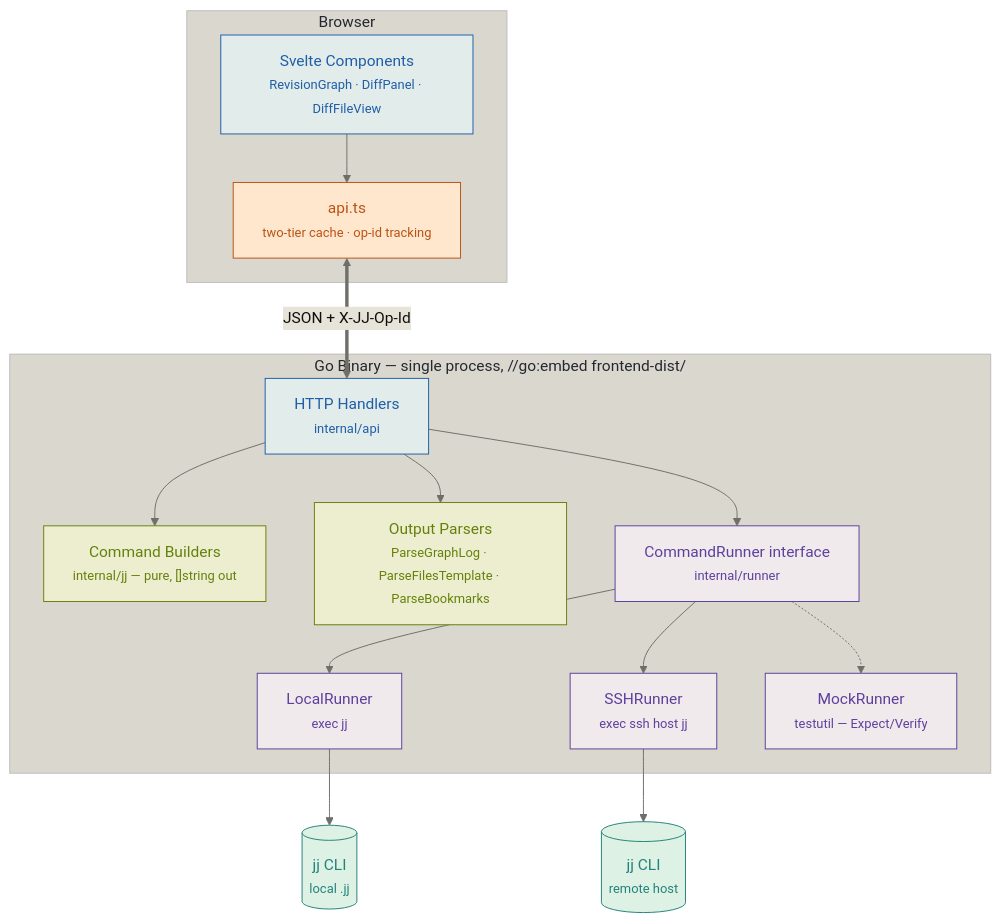
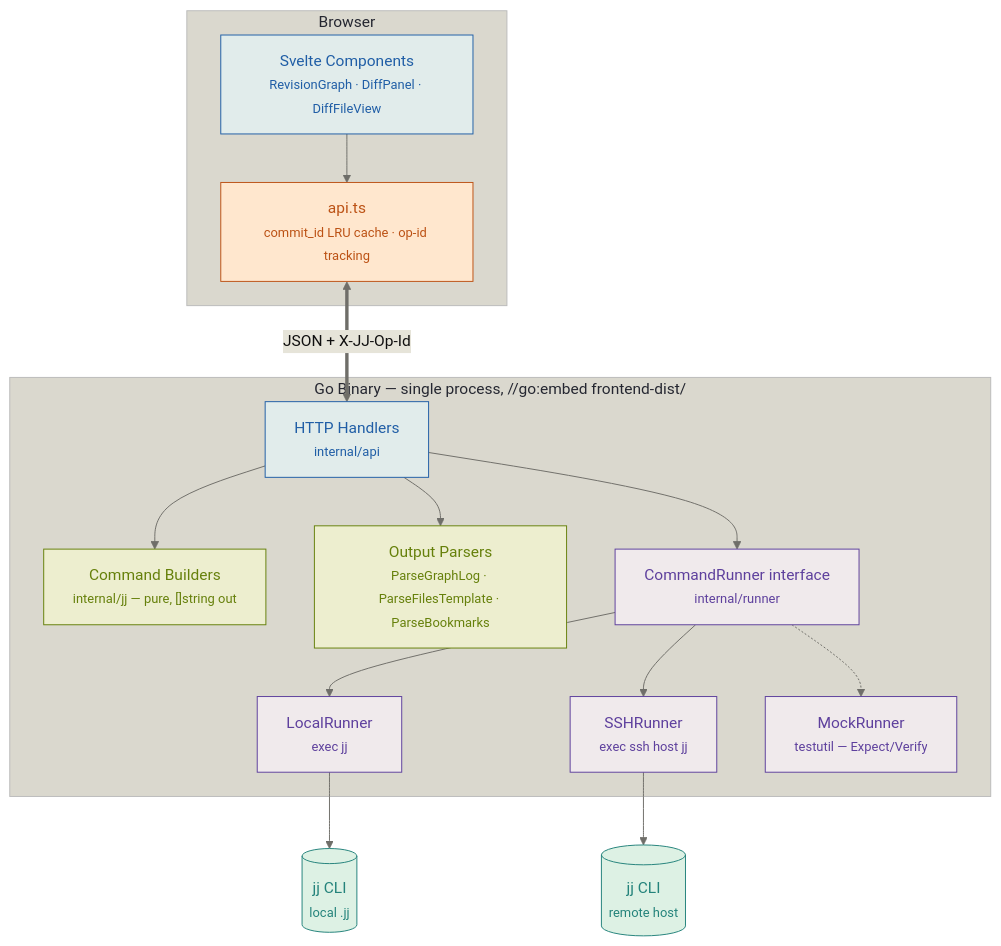
One commit to chronologos/lightjj changed the first of 5 diagrams in docs/ARCHITECTURE.md. Above: the diagram before and after it, drawn with Mermaid. The commit also changed other lines of this file and 13 other files, not shown here.

````diff
--- a/docs/ARCHITECTURE.md
+++ b/docs/ARCHITECTURE.md
@@ -7,47 +7,47 @@
 ```mermaid
 %%{init: {'theme': 'base', 'themeVariables': {
   'primaryColor':'#F2F0E5',
   'primaryTextColor':'#100F0F',
   'primaryBorderColor':'#6F6E69',
   'secondaryColor':'#E6E4D9',
   'tertiaryColor':'#DAD8CE',
   'lineColor':'#6F6E69',
   'textColor':'#100F0F'
 }}}%%
 flowchart TD
     classDef blue fill:#E1ECEB,stroke:#205EA6,color:#205EA6
     classDef green fill:#EDEECF,stroke:#66800B,color:#66800B
     classDef orange fill:#FFE7CE,stroke:#BC5215,color:#BC5215
     classDef purple fill:#F0EAEC,stroke:#5E409D,color:#5E409D
     classDef cyan fill:#DDF1E4,stroke:#24837B,color:#24837B
 
     subgraph browser["Browser"]
         components["Svelte Components<br/><small>RevisionGraph · DiffPanel · DiffFileView</small>"]:::blue
-        api["api.ts<br/><small>two-tier cache · op-id tracking</small>"]:::orange
+        api["api.ts<br/><small>commit_id LRU cache · op-id tracking</small>"]:::orange
         components --> api
     end
 
     subgraph go["Go Binary — single process, //go:embed frontend-dist/"]
         handlers["HTTP Handlers<br/><small>internal/api</small>"]:::blue
         builders["Command Builders<br/><small>internal/jj — pure, []string out</small>"]:::green
         parsers["Output Parsers<br/><small>ParseGraphLog · ParseFilesTemplate · ParseBookmarks</small>"]:::green
         runner["CommandRunner interface<br/><small>internal/runner</small>"]:::purple
         local["LocalRunner<br/><small>exec jj</small>"]:::purple
         ssh["SSHRunner<br/><small>exec ssh host jj</small>"]:::purple
         mock["MockRunner<br/><small>testutil — Expect/Verify</small>"]:::purple
 
         handlers --> builders
         handlers --> parsers
         handlers --> runner
         runner --> local
         runner --> ssh
         runner -.-> mock
     end
 
     jjlocal[("jj CLI<br/><small>local .jj</small>")]:::cyan
     jjremote[("jj CLI<br/><small>remote host</small>")]:::cyan
 
     api <==>|"JSON + X-JJ-Op-Id"| handlers
     local --> jjlocal
     ssh --> jjremote
 ```
````
